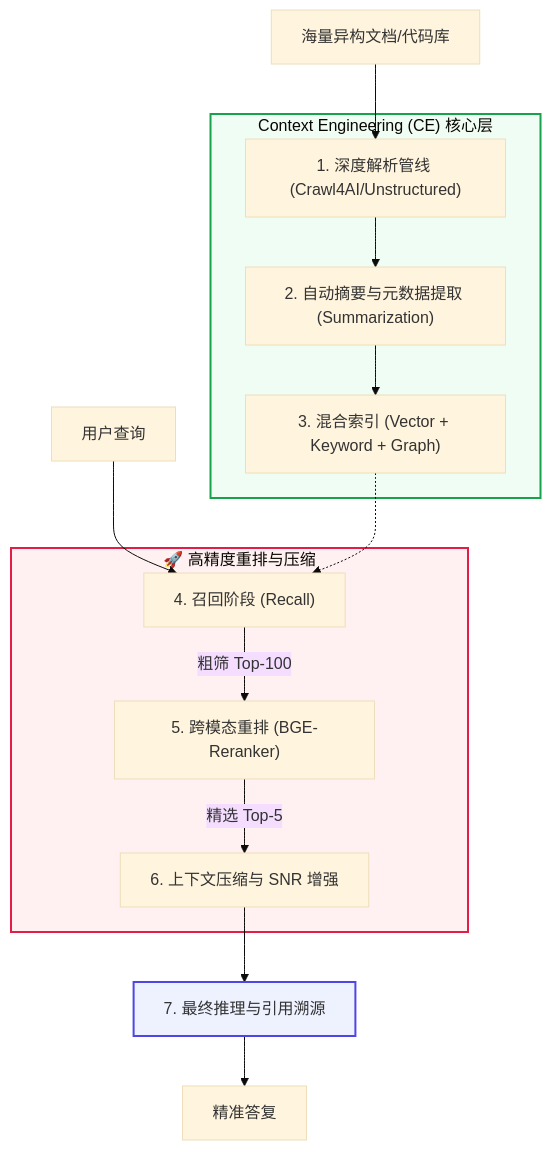
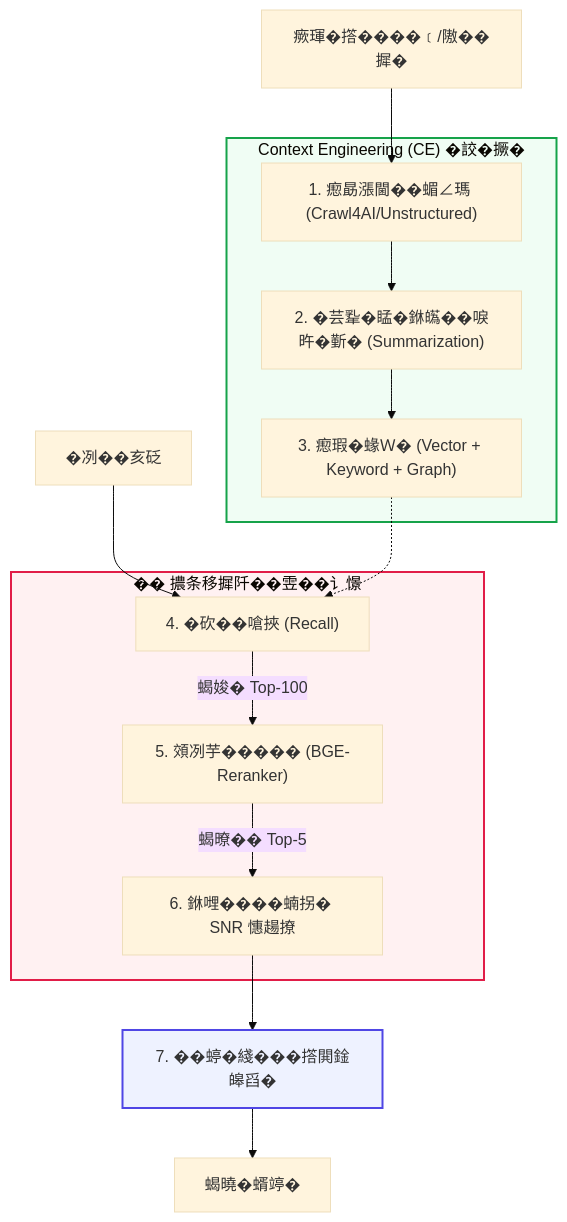
Diagram 15 of 16 in doc/AI_Knowledge_Roadmap.md (wangchong2023/lang-chain-graph), drawn with Mermaid (base theme) before and after one commit. The commit also changed other lines of this file, not shown here.

Commit message:
docs: update AI knowledge roadmap with new learning milestones

````diff
--- a/doc/AI_Knowledge_Roadmap.md
+++ b/doc/AI_Knowledge_Roadmap.md
@@ -1219,25 +1226,25 @@
 ```mermaid
 graph TD
-    Docs["海量异构文档/代码库"] --> Pipeline["1. 深度解析管线 (Crawl4AI/Unstructured)"]
+    Docs["瘚琿�撘����﹝/隞��摨�"] --> Pipeline["1. 瘛勗漲閫��蝞∠瑪 (Crawl4AI/Unstructured)"]
     
-    subgraph CECore ["Context Engineering (CE) 核心层"]
-        Pipeline --> Summary["2. 自动摘要与元数据提取 (Summarization)"]
-        Summary --> Hybrid["3. 混合索引 (Vector + Keyword + Graph)"]
+    subgraph CECore ["Context Engineering (CE) �詨�撅�"]
+        Pipeline --> Summary["2. �芸𢆡�䁅�銝𤾸��唳旿�𣂼� (Summarization)"]
+        Summary --> Hybrid["3. 瘛瑕�蝝Ｗ� (Vector + Keyword + Graph)"]
     end
     
-    UserQuery["用户查询"] --> Retrieval["4. 召回阶段 (Recall)"]
+    UserQuery["�冽��亥砭"] --> Retrieval["4. �砍��嗆挾 (Recall)"]
     Hybrid -.-> Retrieval
     
-    subgraph HighPrecision ["🚀 高精度重排与压缩"]
-        Retrieval -- "粗筛 Top-100" --> Rerank["5. 跨模态重排 (BGE-Reranker)"]
-        Rerank -- "精选 Top-5" --> ContextCompression["6. 上下文压缩与 SNR 增强"]
+    subgraph HighPrecision ["�� 擃条移摨阡��雴��讠憬"]
+        Retrieval -- "蝎㛖� Top-100" --> Rerank["5. 頝冽芋����� (BGE-Reranker)"]
+        Rerank -- "蝎暸�� Top-5" --> ContextCompression["6. 銝𠹺����蝻拐� SNR 憓𧼮撩"]
     end
     
-    ContextCompression --> LLM["7. 最终推理与引用溯源"]
-    LLM --> Result["精准答复"]
+    ContextCompression --> LLM["7. ��蝏�綫���撘閧鍂皞舀�"]
+    LLM --> Result["蝎曉�蝑𥪜�"]
 
-    %% 样式美化
+    %% �瑕�蝢𤾸�
     style CECore fill:#f0fdf4,stroke:#16a34a,stroke-width:2px
     style HighPrecision fill:#fff1f2,stroke:#e11d48,stroke-width:2px
     style LLM fill:#eef2ff,stroke:#4f46e5,stroke-width:2px
 ```
````
